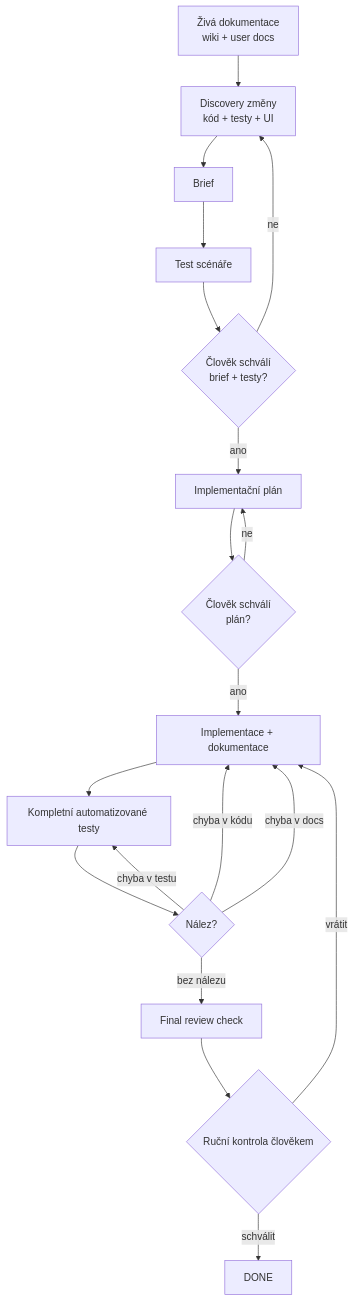
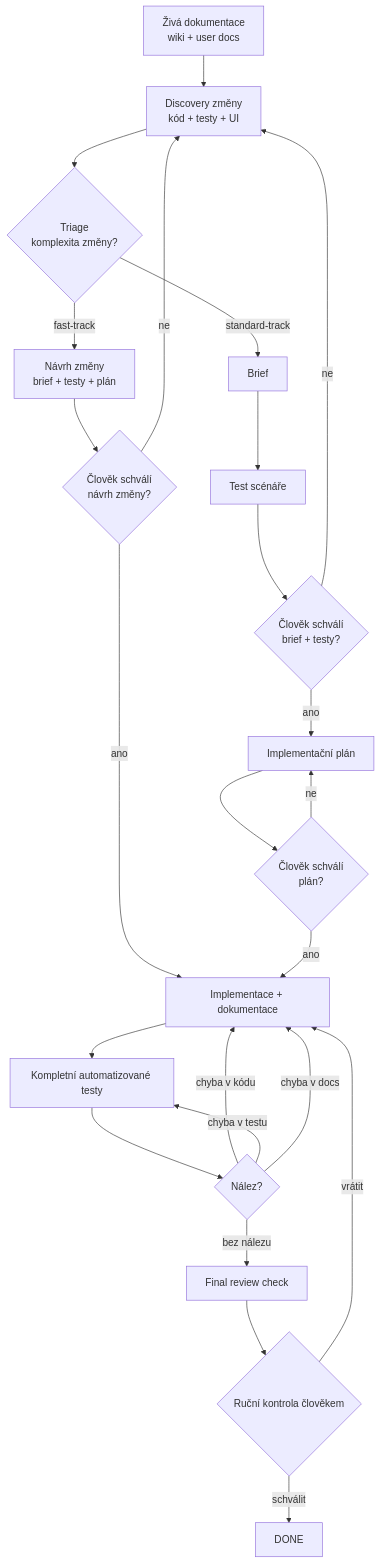
The first of 3 diagrams in README.md (maylow22/ai-driven-changes), drawn with Mermaid before and after one commit. The commit also changed other lines of this file, not shown here.

Commit message:
Add Triage phase (fast-track/standard-track) to change workflow

````diff
--- a/README.md
+++ b/README.md
@@ -175,21 +186,26 @@
 ```mermaid
 flowchart TD
     A[Živá dokumentace<br/>wiki + user docs] --> B[Discovery změny<br/>kód + testy + UI]
-    B --> C[Brief]
+    B --> T{Triage<br/>komplexita změny?}
+    T -- fast-track --> FT[Návrh změny<br/>brief + testy + plán]
+    T -- standard-track --> C[Brief]
     C --> D[Test scénáře]
     D --> E{Člověk schválí<br/>brief + testy?}
     E -- ne --> B
     E -- ano --> F[Implementační plán]
     F --> G{Člověk schválí<br/>plán?}
     G -- ne --> F
+    FT --> GFT{Člověk schválí<br/>návrh změny?}
+    GFT -- ne --> B
+    GFT -- ano --> H
     G -- ano --> H[Implementace + dokumentace]
     H --> I[Kompletní automatizované testy]
     I --> J{Nález?}
     J -- chyba v kódu --> H
     J -- chyba v testu --> I
     J -- chyba v docs --> H
     J -- bez nálezu --> K[Final review check]
     K --> L{Ruční kontrola člověkem}
     L -- vrátit --> H
     L -- schválit --> M[DONE]
 ```
````
